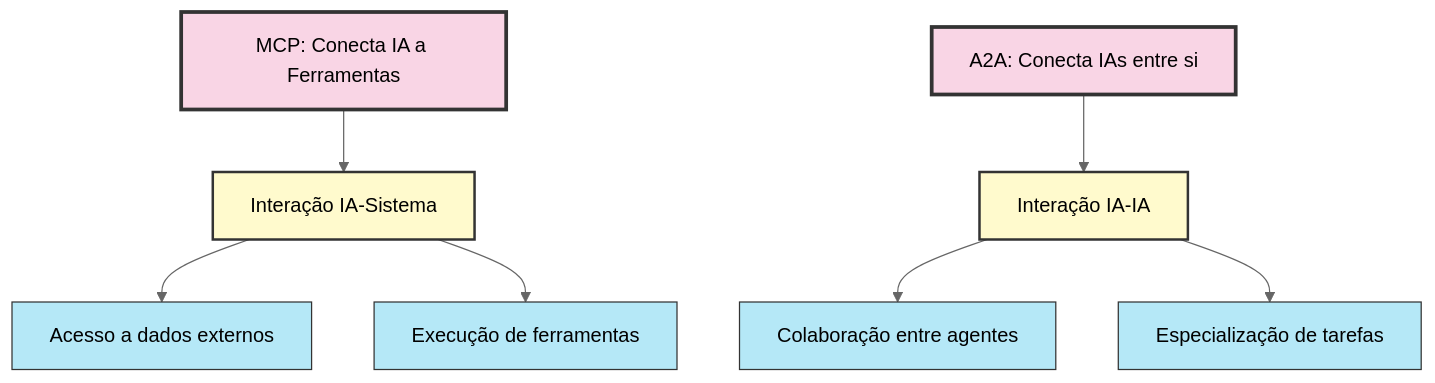
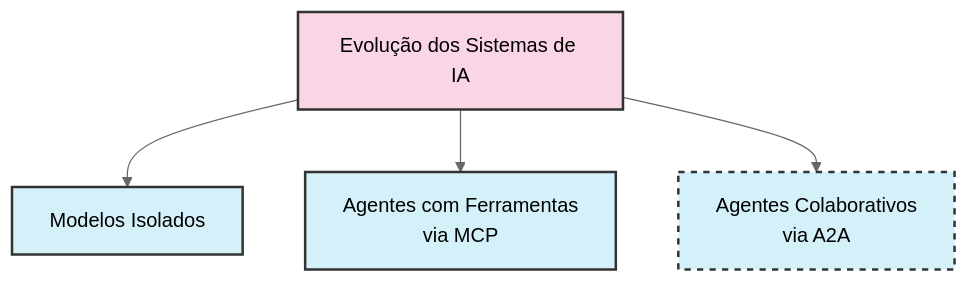
Before and after one commit to felipepimentel/my-public-notes: the first of 11 diagrams in AI/Communication/A2A/a2a - overview.md, drawn with Mermaid (neutral theme). The commit also changed other lines of this file, not shown here.

````diff
--- a/AI/Communication/A2A/a2a - overview.md
+++ b/AI/Communication/A2A/a2a - overview.md
@@ -10,33 +11,11 @@
 ```mermaid
-
 graph TD
-
-MCP[MCP: Conecta IA a Ferramentas]
-
-A2A[A2A: Conecta IAs entre si]
-
-MCP --> Externa[Interação IA-Sistema]
-
-A2A --> Interna[Interação IA-IA]
-
-Externa --> Uso1[Acesso a dados externos]
-
-Externa --> Uso2[Execução de ferramentas]
-
-Interna --> Uso3[Colaboração entre agentes]
-
-Interna --> Uso4[Especialização de tarefas]
-
-classDef protocolo fill:#f9d5e5,stroke:#333,stroke-width:3px;
-
-classDef interacao fill:#fffacd,stroke:#333,stroke-width:2px;
-
-classDef uso fill:#b5e8f7,stroke:#333,stroke-width:1px;
-
-class MCP,A2A protocolo;
-
-class Externa,Interna interacao;
-
-class Uso1,Uso2,Uso3,Uso4 uso;
-
+    A[Evolução dos Sistemas de IA] --> B[Modelos Isolados]
+    A --> C[Agentes com Ferramentas<br>via MCP]
+    A --> D[Agentes Colaborativos<br>via A2A]
+    
+    style A fill:#f9d5e5,stroke:#333,stroke-width:2px
+    style B fill:#d4f1f9,stroke:#333,stroke-width:2px
+    style C fill:#d4f1f9,stroke:#333,stroke-width:2px
+    style D fill:#d4f1f9,stroke:#333,stroke-width:2px,color:#000,stroke-dasharray: 5 5
 ```
````
